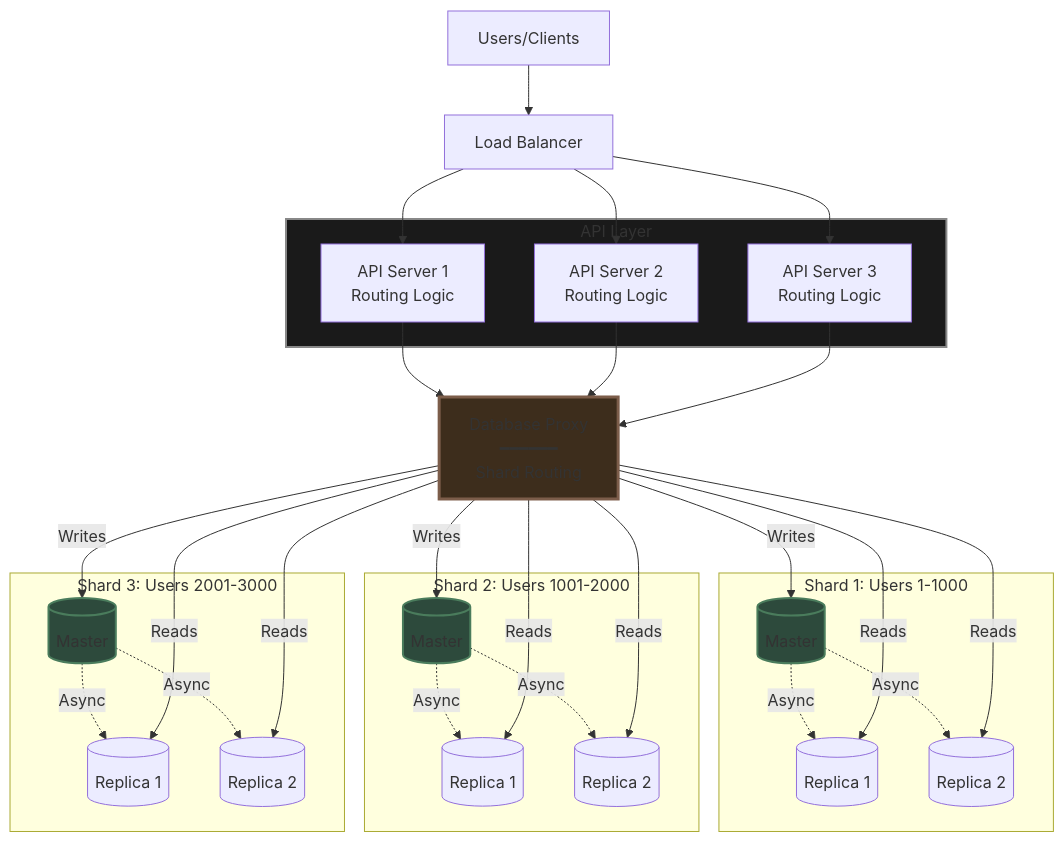
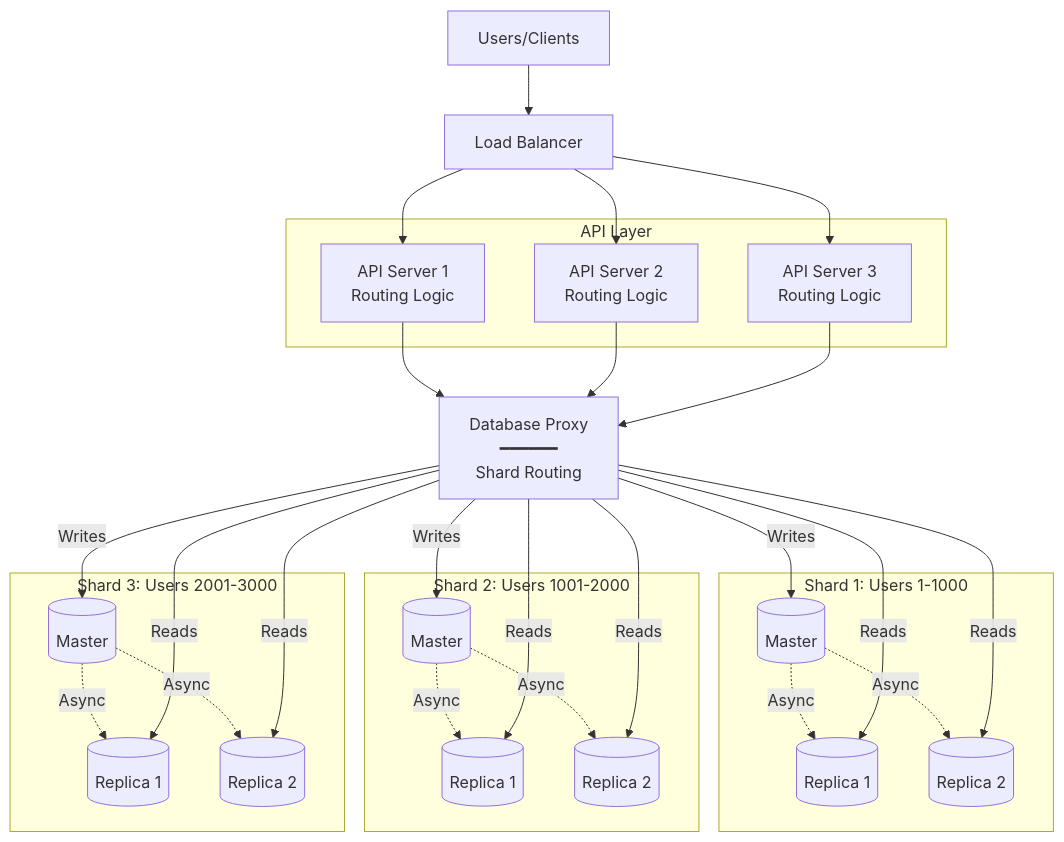
One commit to Yash-Kavaiya/The-System-Design-Masterclass changed diagram 18 of 19 in system design beginner/7. Scaling Databases.md. Above: the diagram before and after it, drawn with Mermaid. The commit also changed other lines of this file, not shown here.

````diff
--- a/system design beginner/7. Scaling Databases.md
+++ b/system design beginner/7. Scaling Databases.md
@@ -560,63 +504,58 @@
 ```mermaid
 graph TB
     USERS[Users/Clients]
     LB[Load Balancer]
     
     subgraph APILayer["API Layer"]
         API1[API Server 1<br/>Routing Logic]
         API2[API Server 2<br/>Routing Logic]
         API3[API Server 3<br/>Routing Logic]
     end
     
     PROXY[Database Proxy<br/>━━━━━━<br/>Shard Routing]
     
     subgraph Shard1["Shard 1: Users 1-1000"]
         S1M[(Master)]
         S1R1[(Replica 1)]
         S1R2[(Replica 2)]
         S1M -.->|Async| S1R1
         S1M -.->|Async| S1R2
     end
     
     subgraph Shard2["Shard 2: Users 1001-2000"]
         S2M[(Master)]
         S2R1[(Replica 1)]
         S2R2[(Replica 2)]
         S2M -.->|Async| S2R1
         S2M -.->|Async| S2R2
     end
     
     subgraph Shard3["Shard 3: Users 2001-3000"]
         S3M[(Master)]
         S3R1[(Replica 1)]
         S3R2[(Replica 2)]
         S3M -.->|Async| S3R1
         S3M -.->|Async| S3R2
     end
     
     USERS --> LB
     LB --> API1
     LB --> API2
     LB --> API3
     
     API1 --> PROXY
     API2 --> PROXY
     API3 --> PROXY
     
     PROXY -->|Writes| S1M
     PROXY -->|Writes| S2M
     PROXY -->|Writes| S3M
     
     PROXY -->|Reads| S1R1
     PROXY -->|Reads| S1R2
     PROXY -->|Reads| S2R1
     PROXY -->|Reads| S2R2
     PROXY -->|Reads| S3R1
     PROXY -->|Reads| S3R2
     
-    style APILayer fill:#1a1a1a,stroke:#888,stroke-width:2px
-    style PROXY fill:#3d2d1c,stroke:#7c5d4a,stroke-width:3px
-    style S1M fill:#2d4a3c,stroke:#4a7c5c,stroke-width:2px
-    style S2M fill:#2d4a3c,stroke:#4a7c5c,stroke-width:2px
-    style S3M fill:#2d4a3c,stroke:#4a7c5c,stroke-width:2px
 ```
````
